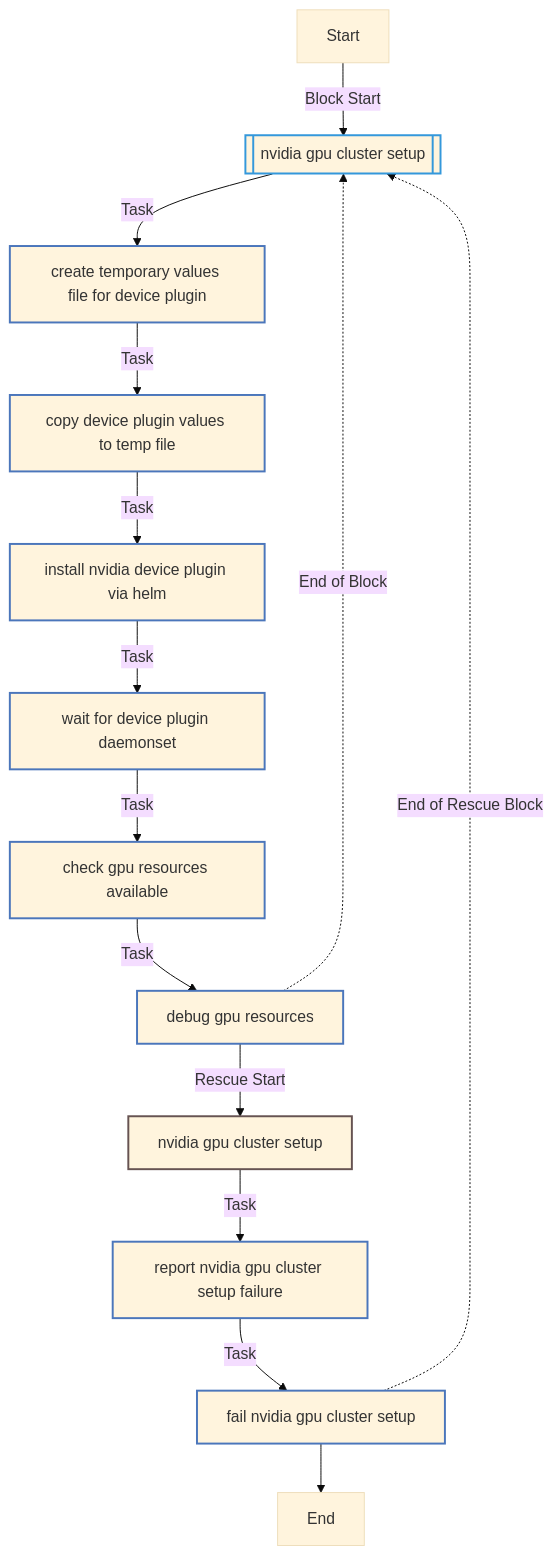
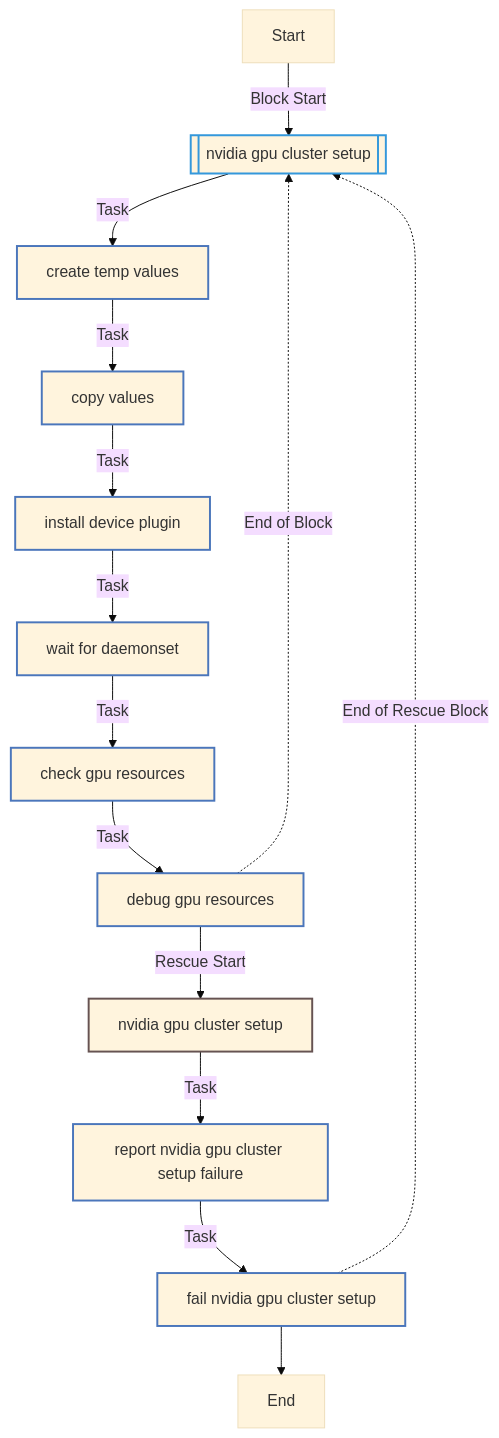
One commit to rou-cru/k3s-homelab changed the first of 3 diagrams in roles/nvidia_gpu/README.md. Above: the diagram before and after it, drawn with Mermaid (base theme). The commit also changed other lines of this file and 16 other files, not shown here.

````diff
--- a/roles/nvidia_gpu/README.md
+++ b/roles/nvidia_gpu/README.md
@@ -265,26 +265,26 @@
 ```mermaid
 flowchart TD
 Start
 classDef block stroke:#3498db,stroke-width:2px;
 classDef task stroke:#4b76bb,stroke-width:2px;
 classDef includeTasks stroke:#16a085,stroke-width:2px;
 classDef importTasks stroke:#34495e,stroke-width:2px;
 classDef includeRole stroke:#2980b9,stroke-width:2px;
 classDef importRole stroke:#699ba7,stroke-width:2px;
 classDef includeVars stroke:#8e44ad,stroke-width:2px;
 classDef rescue stroke:#665352,stroke-width:2px;
 
   Start-->|Block Start| NVIDIA_GPU_cluster_setup0_block_start_0[[nvidia gpu cluster setup]]:::block
-  NVIDIA_GPU_cluster_setup0_block_start_0-->|Task| Create_temporary_values_file_for_device_plugin0[create temporary values file for device plugin]:::task
-  Create_temporary_values_file_for_device_plugin0-->|Task| Copy_device_plugin_values_to_temp_file1[copy device plugin values to temp file]:::task
-  Copy_device_plugin_values_to_temp_file1-->|Task| Install_NVIDIA_device_plugin_via_Helm2[install nvidia device plugin via helm]:::task
-  Install_NVIDIA_device_plugin_via_Helm2-->|Task| Wait_for_device_plugin_daemonset3[wait for device plugin daemonset]:::task
-  Wait_for_device_plugin_daemonset3-->|Task| Check_GPU_resources_available4[check gpu resources available]:::task
-  Check_GPU_resources_available4-->|Task| Debug_GPU_resources5[debug gpu resources]:::task
+  NVIDIA_GPU_cluster_setup0_block_start_0-->|Task| Create_temp_values0[create temp values]:::task
+  Create_temp_values0-->|Task| Copy_values1[copy values]:::task
+  Copy_values1-->|Task| Install_device_plugin2[install device plugin]:::task
+  Install_device_plugin2-->|Task| Wait_for_daemonset3[wait for daemonset]:::task
+  Wait_for_daemonset3-->|Task| Check_GPU_resources4[check gpu resources]:::task
+  Check_GPU_resources4-->|Task| Debug_GPU_resources5[debug gpu resources]:::task
   Debug_GPU_resources5-.->|End of Block| NVIDIA_GPU_cluster_setup0_block_start_0
   Debug_GPU_resources5-->|Rescue Start| NVIDIA_GPU_cluster_setup0_rescue_start_0[nvidia gpu cluster setup]:::rescue
   NVIDIA_GPU_cluster_setup0_rescue_start_0-->|Task| Report_NVIDIA_GPU_cluster_setup_failure0[report nvidia gpu cluster setup failure]:::task
   Report_NVIDIA_GPU_cluster_setup_failure0-->|Task| Fail_NVIDIA_GPU_cluster_setup1[fail nvidia gpu cluster setup]:::task
   Fail_NVIDIA_GPU_cluster_setup1-.->|End of Rescue Block| NVIDIA_GPU_cluster_setup0_block_start_0
   Fail_NVIDIA_GPU_cluster_setup1-->End
 ```
````
